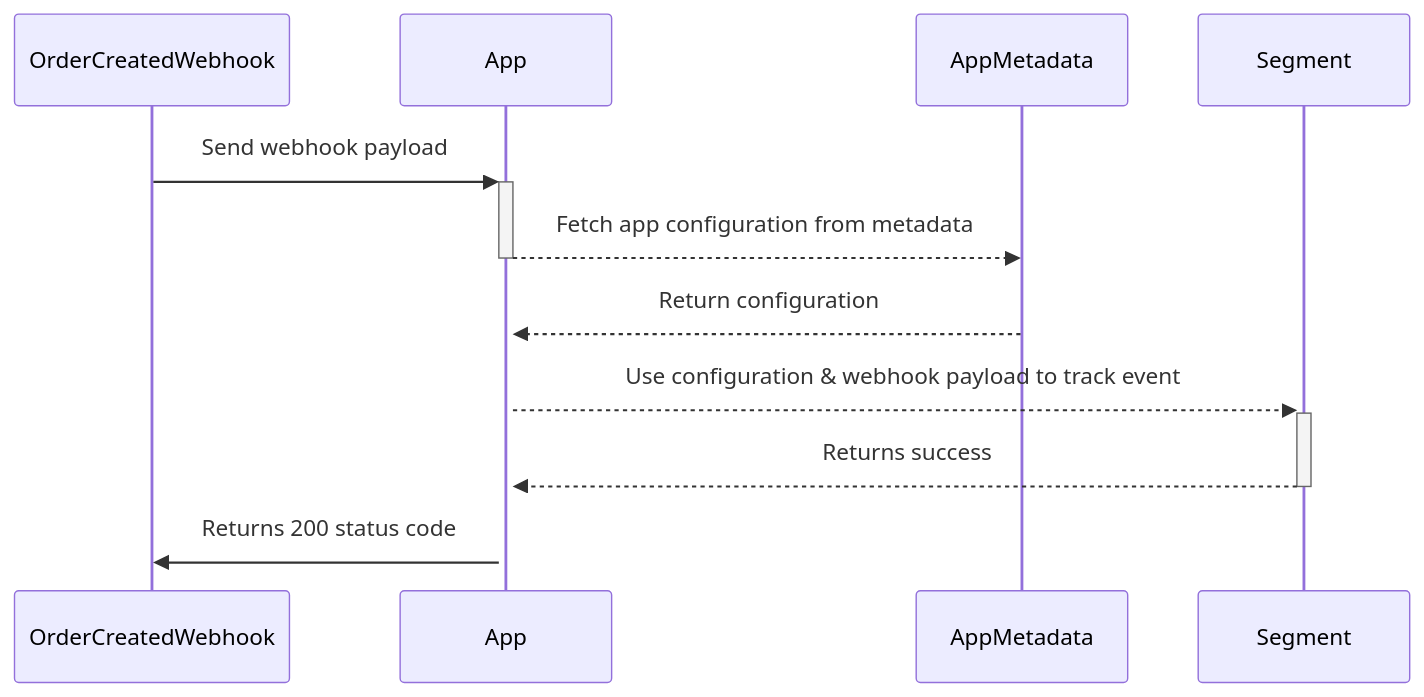
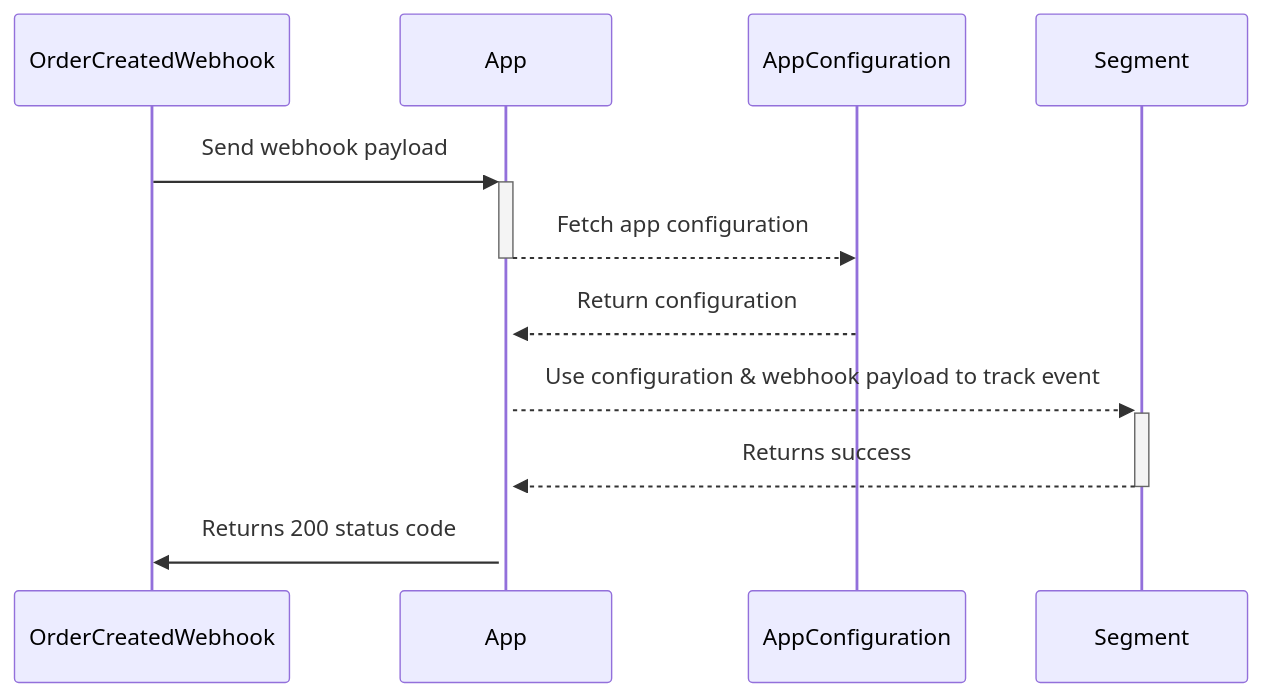
The diagram in docs/developer/app-store/apps/segment.mdx (saleor/saleor-docs), drawn with Mermaid before and after one commit. The commit also changed other lines of this file, not shown here.

Commit message:
Fix segment docs: diagram and event used for testing

````diff
--- a/docs/developer/app-store/apps/segment.mdx
+++ b/docs/developer/app-store/apps/segment.mdx
@@ -67,9 +67,9 @@
 ```mermaid
 sequenceDiagram
     OrderCreatedWebhook->>+App: Send webhook payload
-    App-->>-AppMetadata: Fetch app configuration from metadata
-    AppMetadata-->>+App: Return configuration
+    App-->>-AppConfiguration: Fetch app configuration
+    AppConfiguration-->>+App: Return configuration
     App-->>+Segment: Use configuration & webhook payload to track event
     Segment-->>-App: Returns success
     App->>OrderCreatedWebhook: Returns 200 status code
 ```
````
